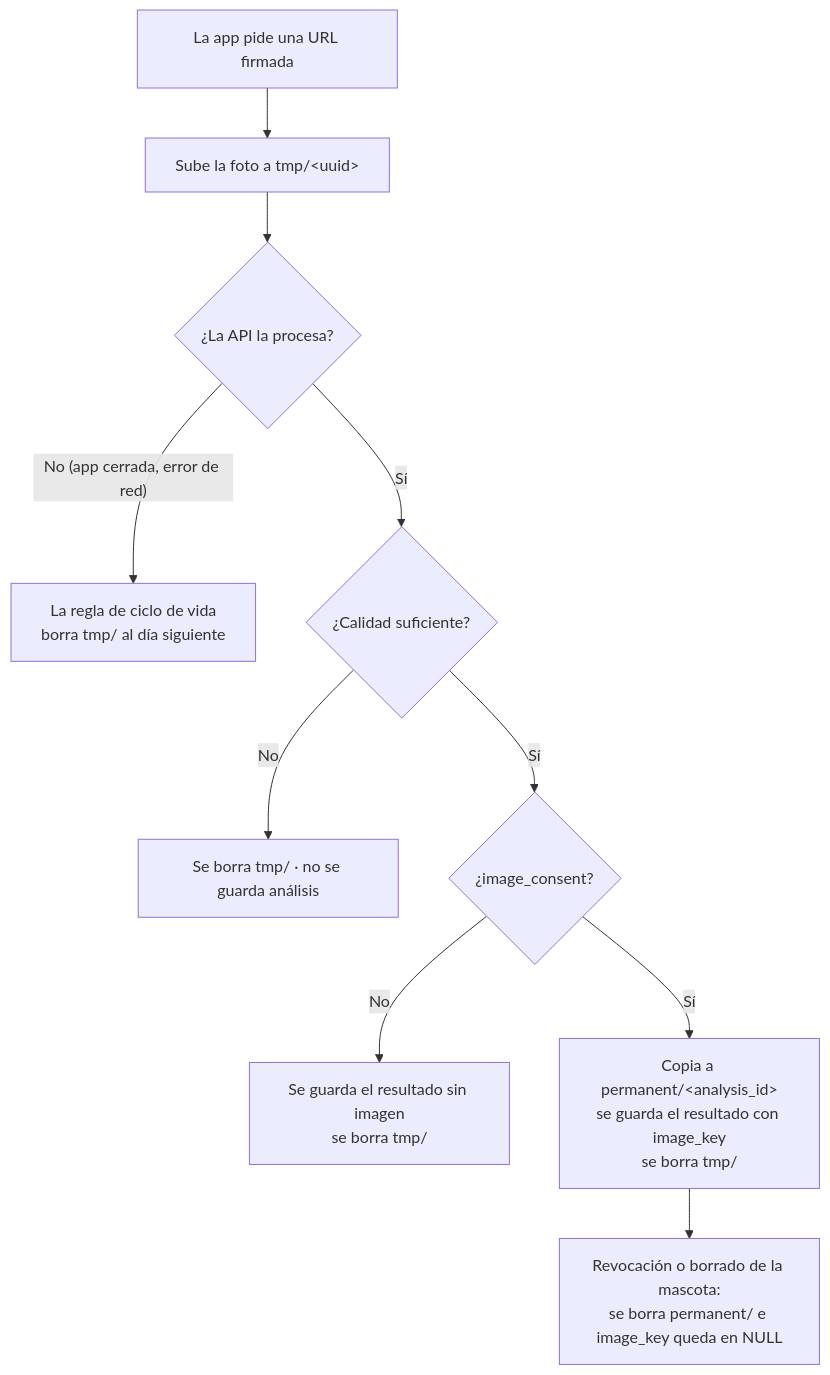
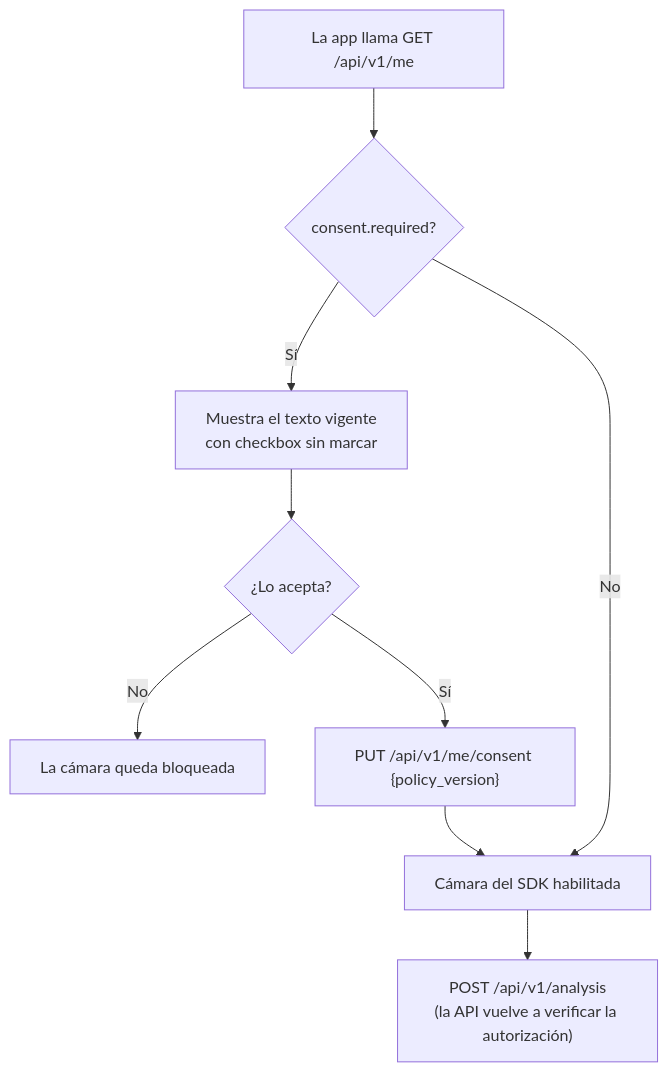
Before and after one commit to Andres766/MandiDog-IA: the diagram in docs/datos-y-consentimiento.md, drawn with Mermaid. The commit also changed other lines of this file and 3 other files, not shown here.

First line of the commit message:
docs: arquitectura con AI for Pet, autorización de datos y pasos actualizados

````diff
--- a/docs/datos-y-consentimiento.md
+++ b/docs/datos-y-consentimiento.md
@@ -39,12 +47,11 @@
 ```mermaid
 flowchart TD
-    A["La app pide una URL firmada"] --> B["Sube la foto a tmp/&lt;uuid&gt;"]
-    B --> C{"¿La API la procesa?"}
-    C -- "No (app cerrada, error de red)" --> L["La regla de ciclo de vida<br/>borra tmp/ al día siguiente"]
-    C -- "Sí" --> Q{"¿Calidad suficiente?"}
-    Q -- "No" --> D1["Se borra tmp/ · no se guarda análisis"]
-    Q -- "Sí" --> K{"¿image_consent?"}
-    K -- "No" --> D2["Se guarda el resultado sin imagen<br/>se borra tmp/"]
-    K -- "Sí" --> P["Copia a permanent/&lt;analysis_id&gt;<br/>se guarda el resultado con image_key<br/>se borra tmp/"]
-    P --> R["Revocación o borrado de la mascota:<br/>se borra permanent/ e image_key queda en NULL"]
+    A["La app llama GET /api/v1/me"] --> B{"consent.required?"}
+    B -- "Sí" --> C["Muestra el texto vigente<br/>con checkbox sin marcar"]
+    C --> D{"¿Lo acepta?"}
+    D -- "No" --> E["La cámara queda bloqueada"]
+    D -- "Sí" --> F["PUT /api/v1/me/consent {policy_version}"]
+    F --> G["Cámara del SDK habilitada"]
+    B -- "No" --> G
+    G --> H["POST /api/v1/analysis<br/>(la API vuelve a verificar la autorización)"]
 ```
````
